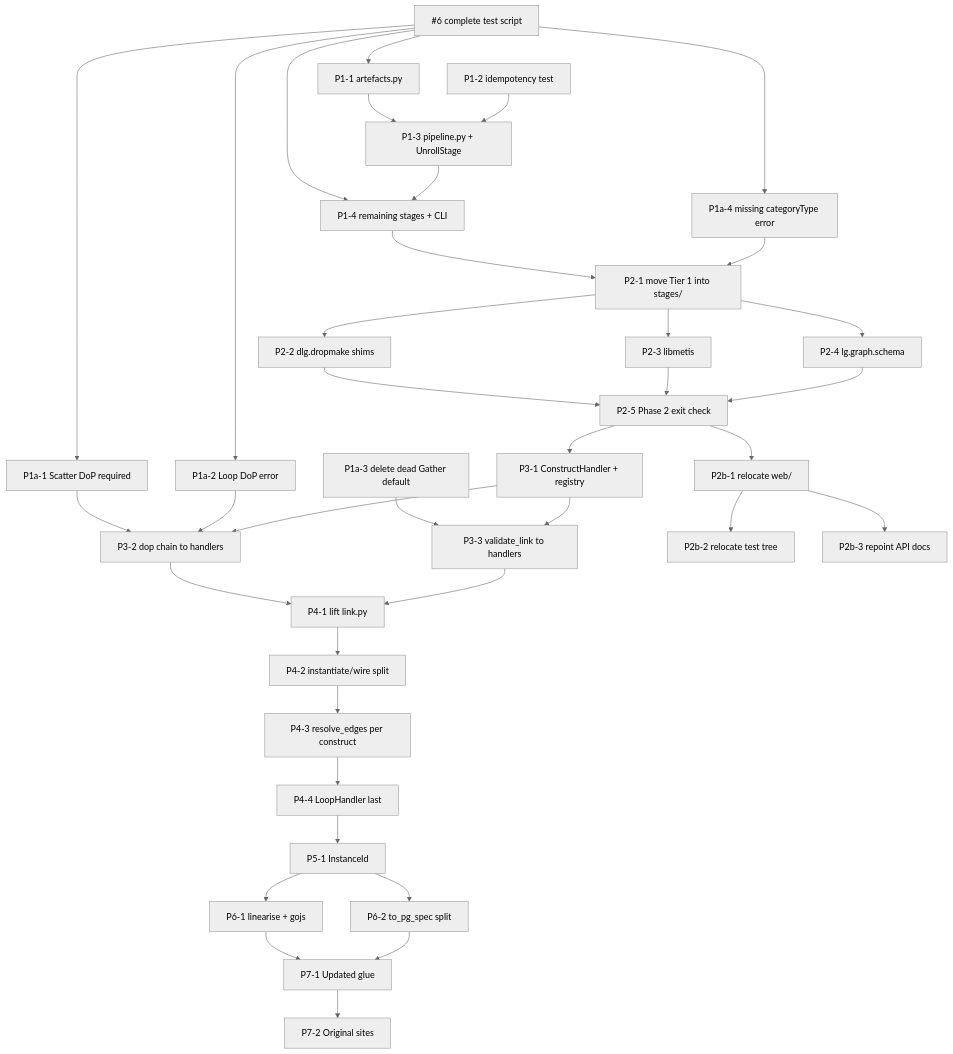
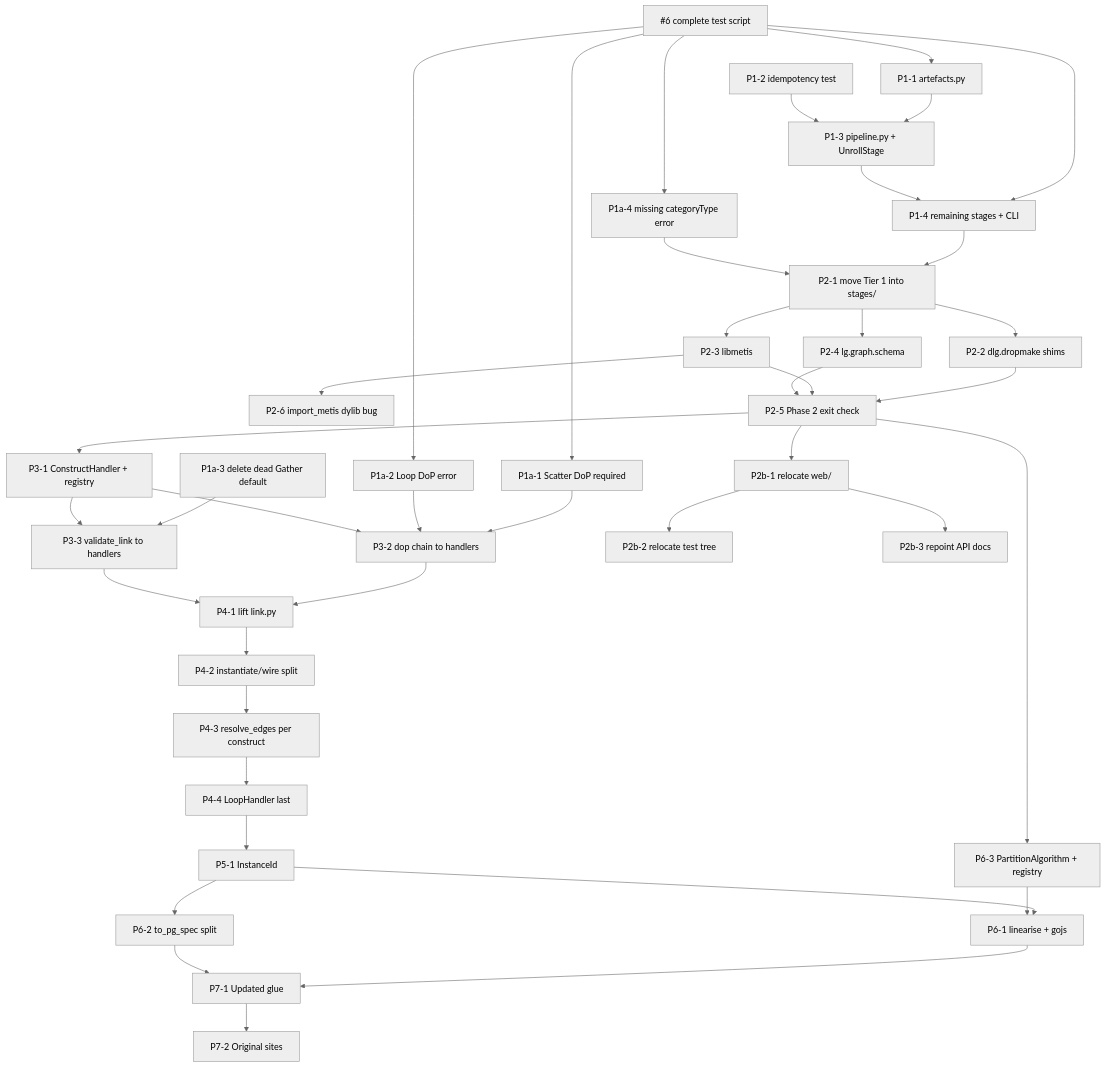
The diagram in daliuge-translator/ARCHITECTURE_ISSUE_PLAN.md (SachaPoulet/daliuge), drawn with Mermaid (neutral theme) before and after one commit. The commit also changed other lines of this file and 2 other files, not shown here.

````diff
--- a/daliuge-translator/ARCHITECTURE_ISSUE_PLAN.md
+++ b/daliuge-translator/ARCHITECTURE_ISSUE_PLAN.md
@@ -17,22 +17,24 @@
 ```mermaid
 flowchart TD
     I6["#6 complete test script"] --> P1_1 & P1_4 & P1a_1 & P1a_2 & P1a_4
     P1_1["P1-1 artefacts.py"] --> P1_3
     P1_2["P1-2 idempotency test"] --> P1_3
     P1_3["P1-3 pipeline.py + UnrollStage"] --> P1_4["P1-4 remaining stages + CLI"]
     P1_4 --> P2_1["P2-1 move Tier 1 into stages/"]
     P1a_1["P1a-1 Scatter DoP required"] --> P3_2
     P1a_2["P1a-2 Loop DoP error"] --> P3_2
     P1a_3["P1a-3 delete dead Gather default"] --> P3_3
     P1a_4["P1a-4 missing categoryType error"] --> P2_1
     P2_1 --> P2_2["P2-2 dlg.dropmake shims"] & P2_3["P2-3 libmetis"] & P2_4["P2-4 lg.graph.schema"]
+    P2_3 --> P2_6["P2-6 import_metis dylib bug"]
     P2_2 & P2_3 & P2_4 --> P2_5["P2-5 Phase 2 exit check"]
-    P2_5 --> P2b_1["P2b-1 relocate web/"] & P3_1["P3-1 ConstructHandler + registry"]
+    P2_5 --> P2b_1["P2b-1 relocate web/"] & P3_1["P3-1 ConstructHandler + registry"] & P6_3["P6-3 PartitionAlgorithm + registry"]
     P2b_1 --> P2b_2["P2b-2 relocate test tree"]
     P2b_1 --> P2b_3["P2b-3 repoint API docs"]
     P3_1 --> P3_2["P3-2 dop chain to handlers"] & P3_3["P3-3 validate_link to handlers"]
     P3_2 & P3_3 --> P4_1["P4-1 lift link.py"]
     P4_1 --> P4_2["P4-2 instantiate/wire split"] --> P4_3["P4-3 resolve_edges per construct"] --> P4_4["P4-4 LoopHandler last"]
     P4_4 --> P5_1["P5-1 InstanceId"] --> P6_1["P6-1 linearise + gojs"] & P6_2["P6-2 to_pg_spec split"]
+    P6_3 --> P6_1
     P6_1 & P6_2 --> P7_1["P7-1 Updated glue"] --> P7_2["P7-2 Original sites"]
 ```
````
